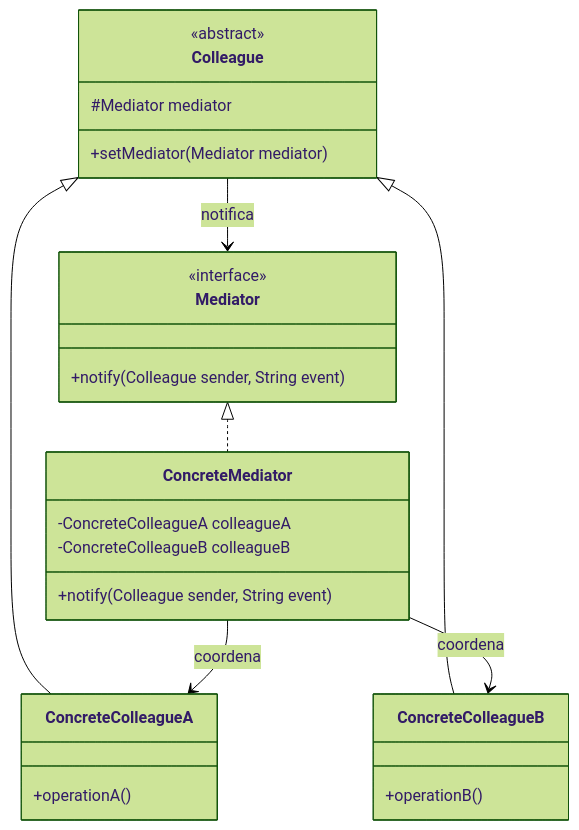
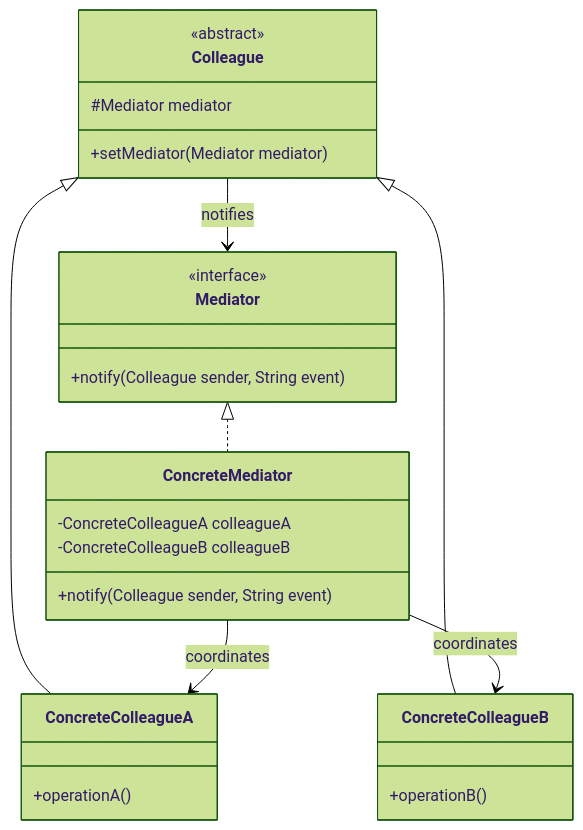
The diagram in docs/coding/gof/behavioral/mediator.md (alancesar/design-patterns), drawn with Mermaid (forest theme) before and after one commit. The commit also changed 258 other files, not shown here.

First line of the commit message:
Translate Mermaid diagrams to English

````diff
--- a/docs/coding/gof/behavioral/mediator.md
+++ b/docs/coding/gof/behavioral/mediator.md
@@ -60,29 +60,29 @@
 ```mermaid
 classDiagram
     class Mediator {
         <<interface>>
         +notify(Colleague sender, String event)
     }
     class ConcreteMediator {
         -ConcreteColleagueA colleagueA
         -ConcreteColleagueB colleagueB
         +notify(Colleague sender, String event)
     }
     class Colleague {
         <<abstract>>
         #Mediator mediator
         +setMediator(Mediator mediator)
     }
     class ConcreteColleagueA {
         +operationA()
     }
     class ConcreteColleagueB {
         +operationB()
     }
     Mediator <|.. ConcreteMediator
     Colleague <|-- ConcreteColleagueA
     Colleague <|-- ConcreteColleagueB
-    Colleague --> Mediator : notifica
-    ConcreteMediator --> ConcreteColleagueA : coordena
-    ConcreteMediator --> ConcreteColleagueB : coordena
+    Colleague --> Mediator : notifies
+    ConcreteMediator --> ConcreteColleagueA : coordinates
+    ConcreteMediator --> ConcreteColleagueB : coordinates
 ```
````
